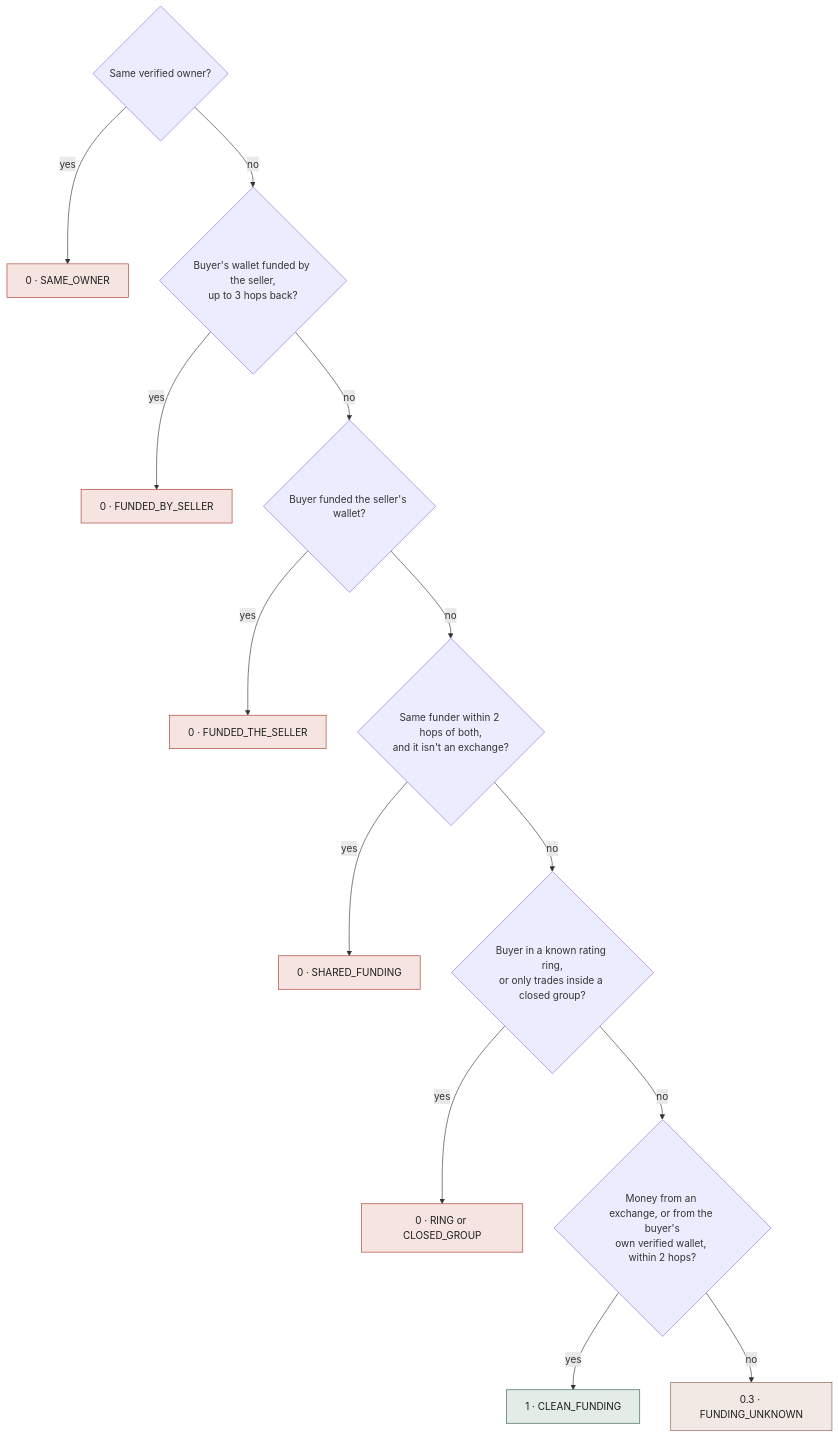
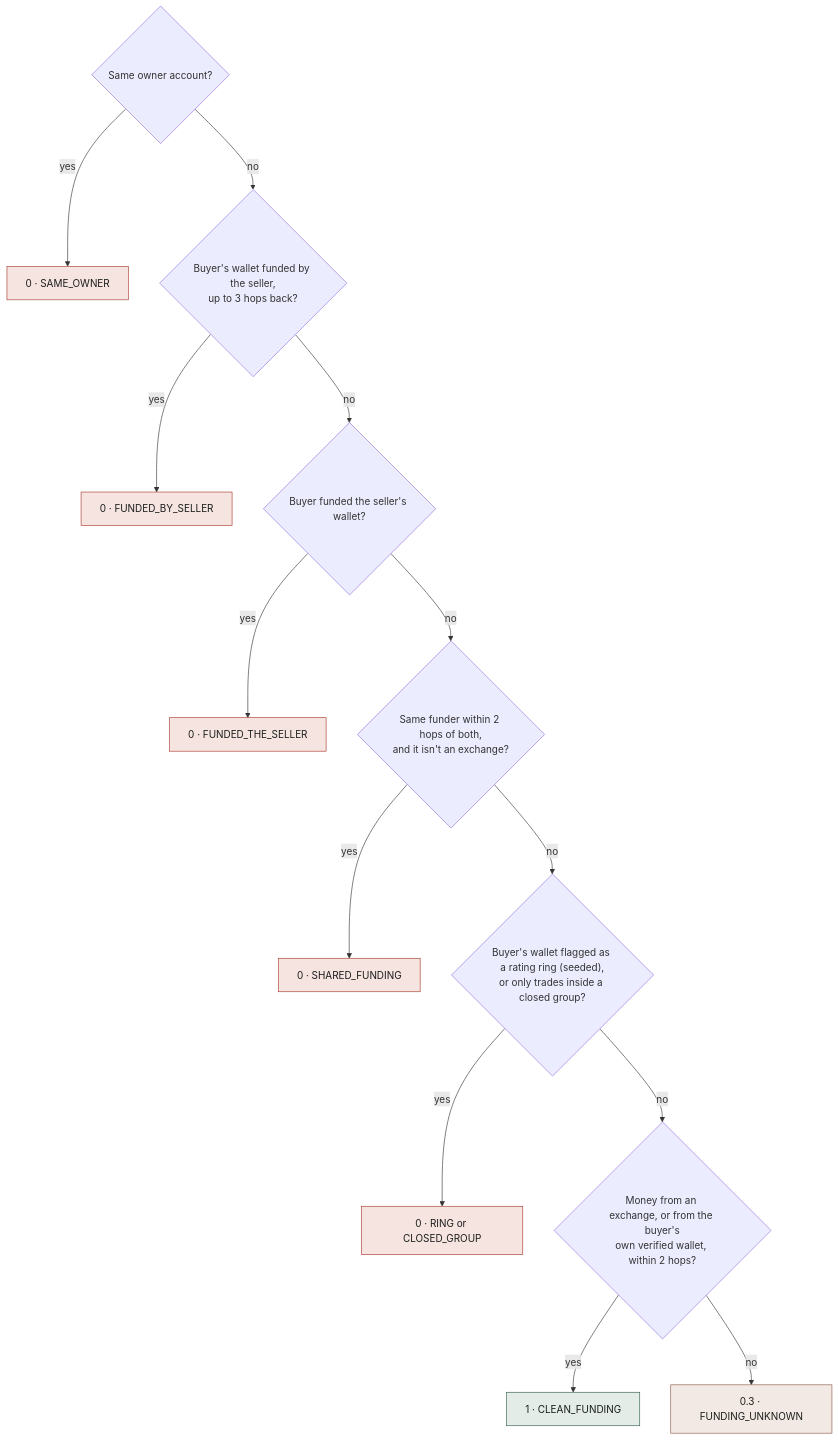
One commit to franktsai2008-eng/ai-pay-gate changed the fifth of 8 diagrams in README.md. Above: the diagram before and after it, drawn with Mermaid. The commit also changed other lines of this file and 2 other files, not shown here.

Commit message:
README diagrams corrected against the code after independent review; weekly score cap rolls forward in the nightly recompute

````diff
--- a/README.md
+++ b/README.md
@@ -152,21 +157,21 @@
 ```mermaid
 flowchart TD
-  Q0{"Same verified owner?"} -- "yes" --> Z0["0 · SAME_OWNER"]
+  Q0{"Same owner account?"} -- "yes" --> Z0["0 · SAME_OWNER"]
   Q0 -- "no" --> Q1{"Buyer's wallet funded by the seller,<br/>up to 3 hops back?"}
   Q1 -- "yes" --> Z1["0 · FUNDED_BY_SELLER"]
   Q1 -- "no" --> Q2{"Buyer funded the seller's wallet?"}
   Q2 -- "yes" --> Z2["0 · FUNDED_THE_SELLER"]
   Q2 -- "no" --> Q3{"Same funder within 2 hops of both,<br/>and it isn't an exchange?"}
   Q3 -- "yes" --> Z3["0 · SHARED_FUNDING"]
-  Q3 -- "no" --> Q4{"Buyer in a known rating ring,<br/>or only trades inside a closed group?"}
+  Q3 -- "no" --> Q4{"Buyer's wallet flagged as a rating ring (seeded),<br/>or only trades inside a closed group?"}
   Q4 -- "yes" --> Z4["0 · RING or CLOSED_GROUP"]
   Q4 -- "no" --> Q5{"Money from an exchange, or from the buyer's<br/>own verified wallet, within 2 hops?"}
   Q5 -- "yes" --> Z5["1 · CLEAN_FUNDING"]
   Q5 -- "no" --> Z6["0.3 · FUNDING_UNKNOWN"]
   classDef zero fill:#f6e4e1,stroke:#a8382b,color:#1b1e1c
   classDef one fill:#e3ece6,stroke:#2f5d4a,color:#1b1e1c
   classDef mid fill:#f3e9e4,stroke:#8a5a4a,color:#1b1e1c
   class Z0,Z1,Z2,Z3,Z4 zero
   class Z5 one
   class Z6 mid
 ```
````
